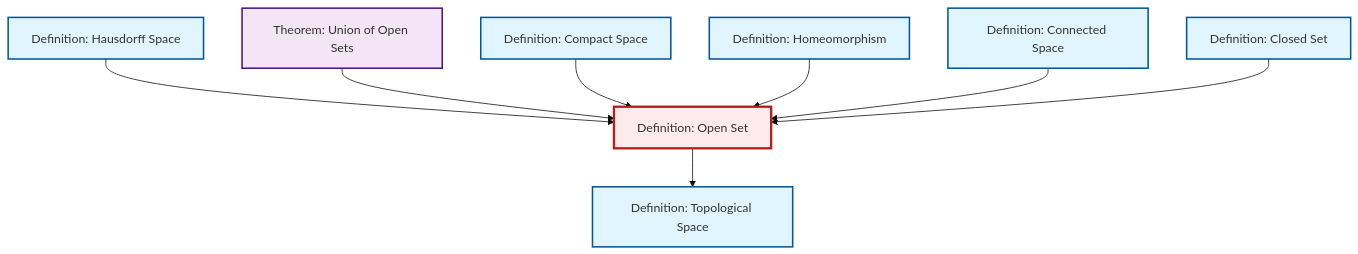
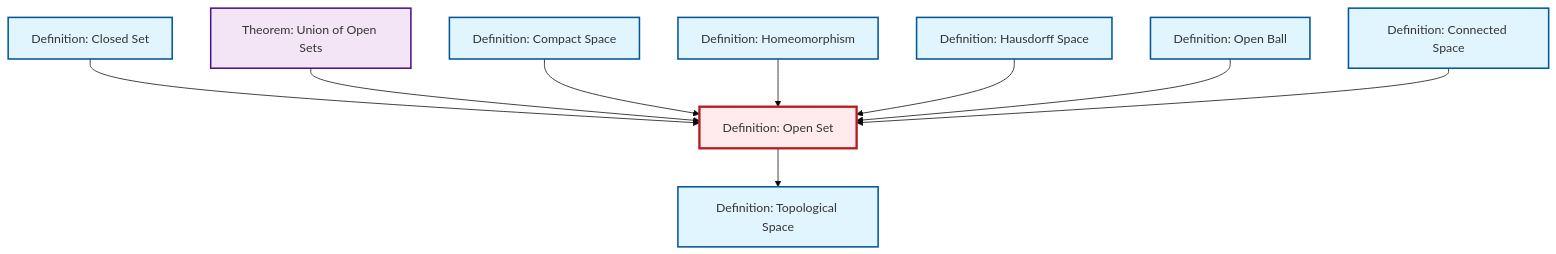
One commit to RK0429/ModernMath changed the diagram in content/en/topology/def-open-set.qmd. Above: the diagram before and after it, drawn with Mermaid (base theme). The commit also changed 1069 other files, not shown here.

````diff
--- a/content/en/topology/def-open-set.qmd
+++ b/content/en/topology/def-open-set.qmd
@@ -54,32 +54,35 @@
 ```{mermaid}
 %%| fig-cap: "Local dependency graph"
 graph TD
     classDef definition fill:#e1f5fe,stroke:#01579b,stroke-width:2px
     classDef theorem fill:#f3e5f5,stroke:#4a148c,stroke-width:2px
     classDef axiom fill:#fff3e0,stroke:#e65100,stroke-width:2px
     classDef example fill:#e8f5e9,stroke:#1b5e20,stroke-width:2px
     classDef current fill:#ffebee,stroke:#b71c1c,stroke-width:3px
+    def-homeomorphism["Definition: Homeomorphism"]:::definition
     def-connected["Definition: Connected Space"]:::definition
+    def-hausdorff["Definition: Hausdorff Space"]:::definition
+    def-open-set["Definition: Open Set"]:::definition
+    def-topological-space["Definition: Topological Space"]:::definition
     thm-union-open-sets["Theorem: Union of Open Sets"]:::theorem
-    def-open-set["Definition: Open Set"]:::definition
     def-closed-set["Definition: Closed Set"]:::definition
-    def-hausdorff["Definition: Hausdorff Space"]:::definition
-    def-homeomorphism["Definition: Homeomorphism"]:::definition
+    def-open-ball["Definition: Open Ball"]:::definition
     def-compact["Definition: Compact Space"]:::definition
-    def-topological-space["Definition: Topological Space"]:::definition
-    def-open-set --> def-topological-space
-    def-hausdorff --> def-open-set
+    def-closed-set --> def-open-set
     thm-union-open-sets --> def-open-set
     def-compact --> def-open-set
     def-homeomorphism --> def-open-set
+    def-hausdorff --> def-open-set
+    def-open-ball --> def-open-set
     def-connected --> def-open-set
-    def-closed-set --> def-open-set
+    def-open-set --> def-topological-space
     class def-open-set current
+    click def-homeomorphism "def-homeomorphism.html" "Go to Homeomorphism definition"
     click def-connected "def-connected.html" "Go to Connected Space definition"
+    click def-hausdorff "def-hausdorff.html" "Go to Hausdorff Space definition"
+    click def-topological-space "def-topological-space.html" "Go to Topological Space definition"
     click thm-union-open-sets "thm-union-open-sets.html" "Go to Union of Open Sets theorem"
     click def-closed-set "def-closed-set.html" "Go to Closed Set definition"
-    click def-hausdorff "def-hausdorff.html" "Go to Hausdorff Space definition"
-    click def-homeomorphism "def-homeomorphism.html" "Go to Homeomorphism definition"
+    click def-open-ball "def-open-ball.html" "Go to Open Ball definition"
     click def-compact "def-compact.html" "Go to Compact Space definition"
-    click def-topological-space "def-topological-space.html" "Go to Topological Space definition"
 ```
````
